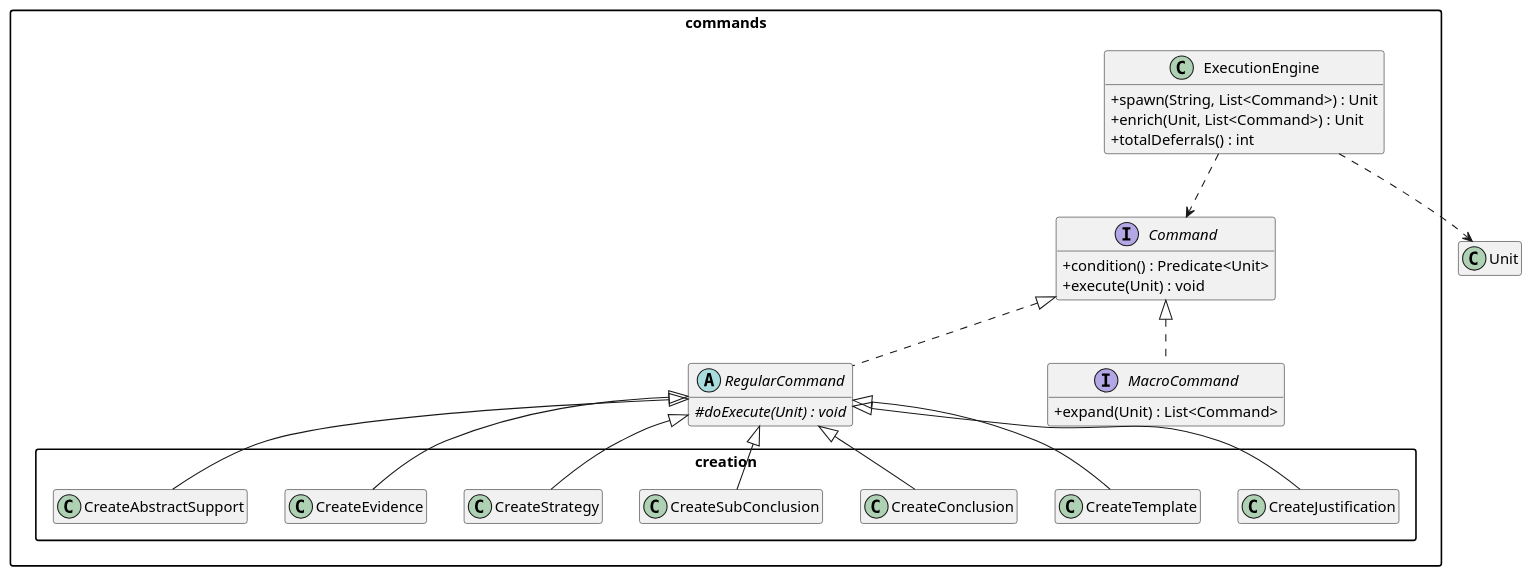
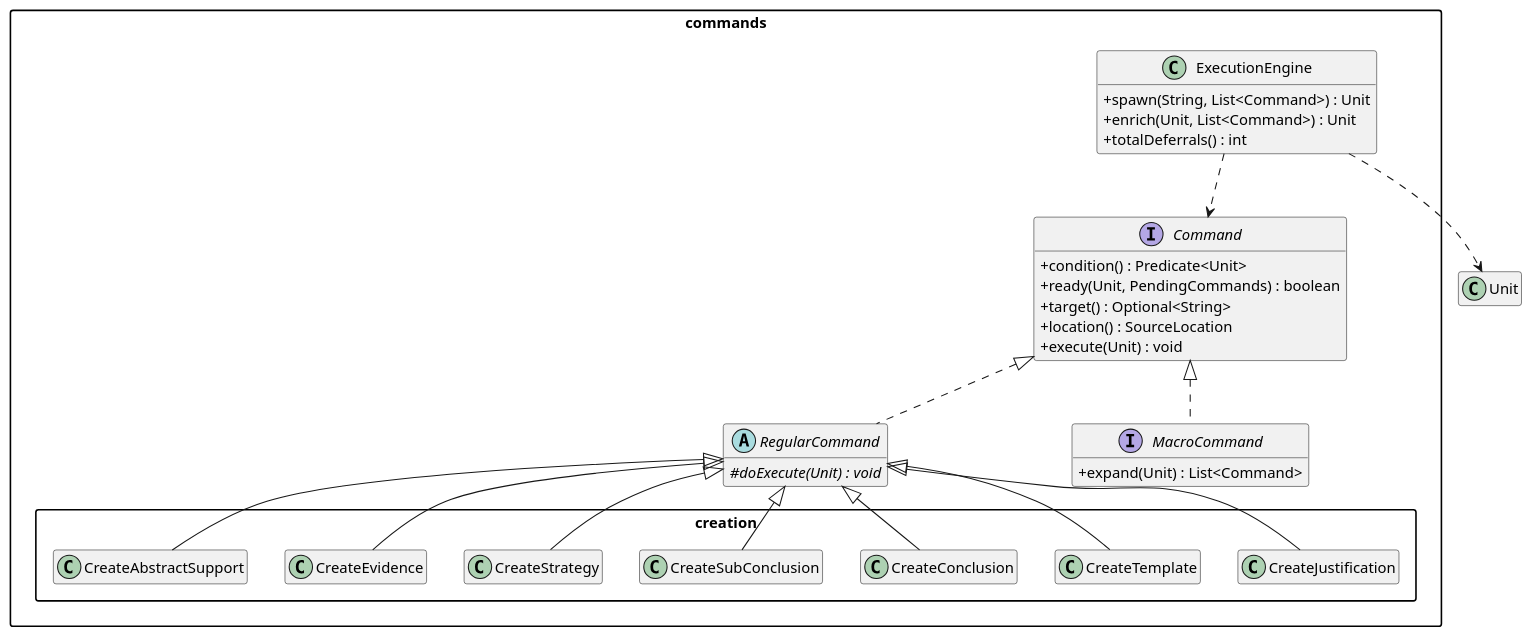
The second of 3 diagrams in docs/design/model.md (jpipe-mcscert/jpipe-compiler), drawn with PlantUML before and after one commit. The commit also changed other lines of this file and 35 other files, not shown here.

````diff
--- a/docs/design/model.md
+++ b/docs/design/model.md
@@ -163,57 +169,60 @@
 ```plantuml
 @startuml commands
 
 skinparam packageStyle rectangle
 skinparam classAttributeIconSize 0
 hide empty members
 
 ' Stub
 class Unit
 
 package "commands" {
 
   interface Command {
     + condition() : Predicate<Unit>
+    + ready(Unit, PendingCommands) : boolean
+    + target() : Optional<String>
+    + location() : SourceLocation
     + execute(Unit) : void
   }
 
   abstract class RegularCommand {
     # {abstract} doExecute(Unit) : void
   }
 
   interface MacroCommand {
     + expand(Unit) : List<Command>
   }
 
   class ExecutionEngine {
     + spawn(String, List<Command>) : Unit
     + enrich(Unit, List<Command>) : Unit
     + totalDeferrals() : int
   }
 
   Command <|.. RegularCommand
   Command <|.. MacroCommand
   ExecutionEngine ..> Command
   ExecutionEngine ..> Unit
 }
 
 package "commands.creation" {
   class CreateJustification
   class CreateTemplate
   class CreateConclusion
   class CreateSubConclusion
   class CreateStrategy
   class CreateEvidence
   class CreateAbstractSupport
 
   RegularCommand <|-- CreateJustification
   RegularCommand <|-- CreateTemplate
   RegularCommand <|-- CreateConclusion
   RegularCommand <|-- CreateSubConclusion
   RegularCommand <|-- CreateStrategy
   RegularCommand <|-- CreateEvidence
   RegularCommand <|-- CreateAbstractSupport
 }
 
 @enduml
 ```
````
